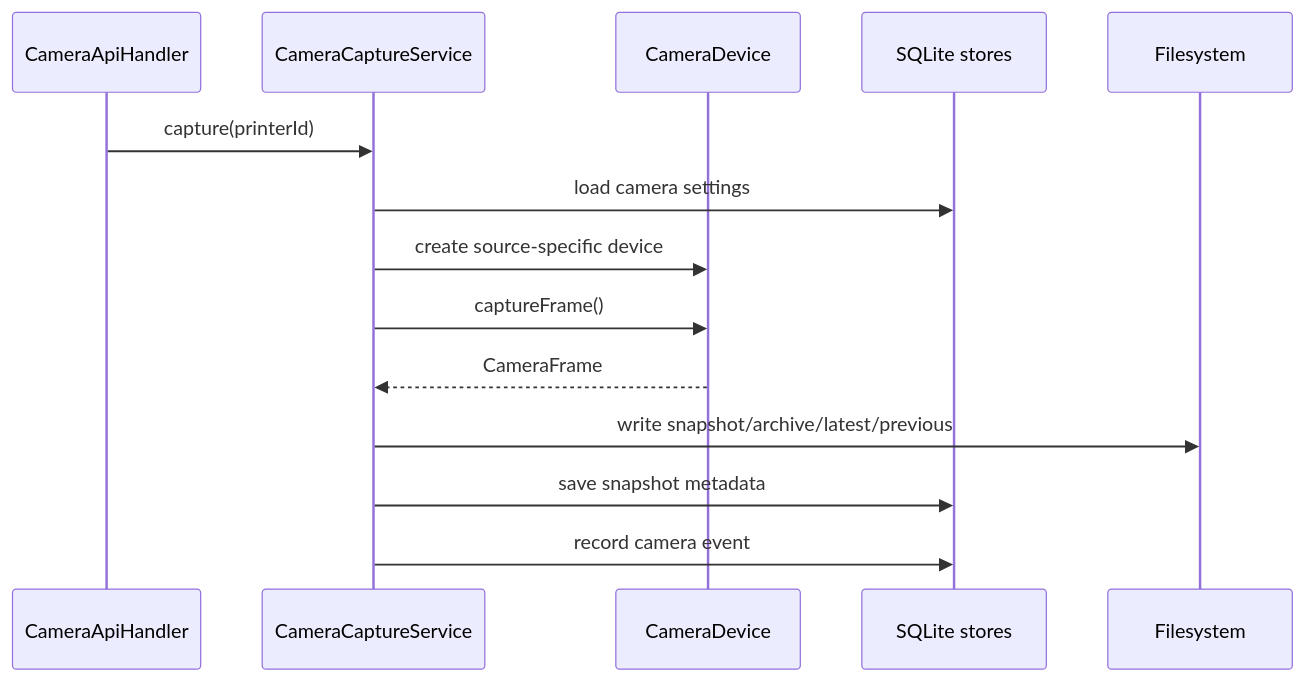
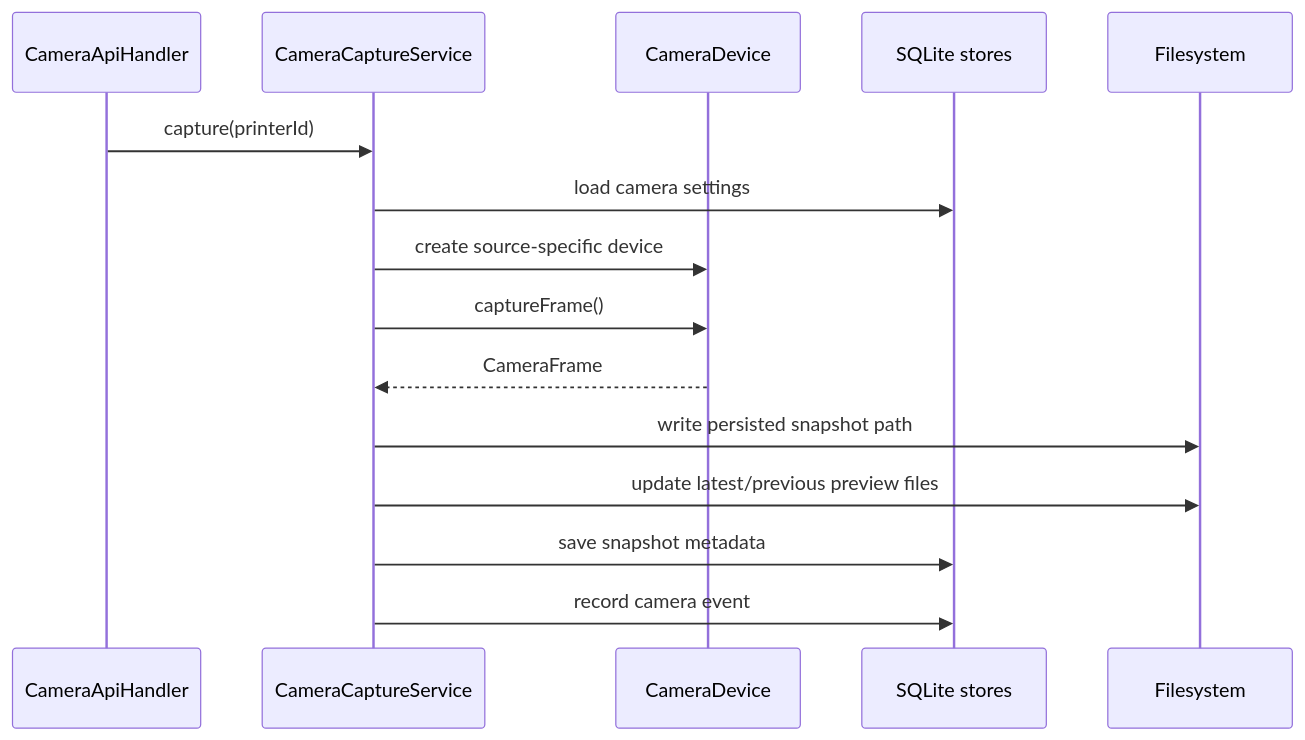
Before and after one commit to nathabee/spaghetti-chef: the third of 3 diagrams in docs/specification.md, drawn with Mermaid. The commit also changed other lines of this file and 24 other files, not shown here.

````diff
--- a/docs/specification.md
+++ b/docs/specification.md
@@ -306,17 +309,18 @@
 ```mermaid
 sequenceDiagram
     participant API as CameraApiHandler
     participant Capture as CameraCaptureService
     participant Device as CameraDevice
     participant Store as SQLite stores
     participant Files as Filesystem
 
     API->>Capture: capture(printerId)
     Capture->>Store: load camera settings
     Capture->>Device: create source-specific device
     Capture->>Device: captureFrame()
     Device-->>Capture: CameraFrame
-    Capture->>Files: write snapshot/archive/latest/previous
+    Capture->>Files: write persisted snapshot path
+    Capture->>Files: update latest/previous preview files
     Capture->>Store: save snapshot metadata
     Capture->>Store: record camera event
 ```
````
